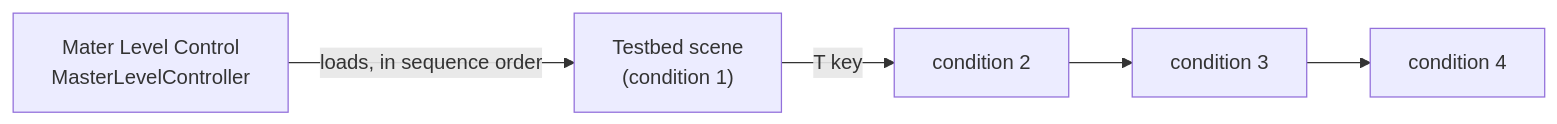
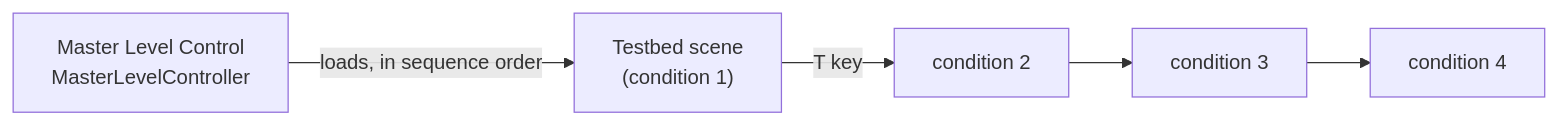
Before and after one commit to s91alimora/Intelligent-Social-AR: the first of 2 diagrams in docs/architecture.md, drawn with Mermaid. The commit also changed other lines of this file and 257 other files, not shown here.

````diff
--- a/docs/architecture.md
+++ b/docs/architecture.md
@@ -7,5 +7,5 @@
 ```mermaid
 flowchart LR
-    M["Mater Level Control<br/>MasterLevelController"] -->|loads, in sequence order| S1["Testbed scene<br/>(condition 1)"]
+    M["Master Level Control<br/>MasterLevelController"] -->|loads, in sequence order| S1["Testbed scene<br/>(condition 1)"]
     S1 -->|T key| S2["condition 2"] --> S3["condition 3"] --> S4["condition 4"]
 ```
````
